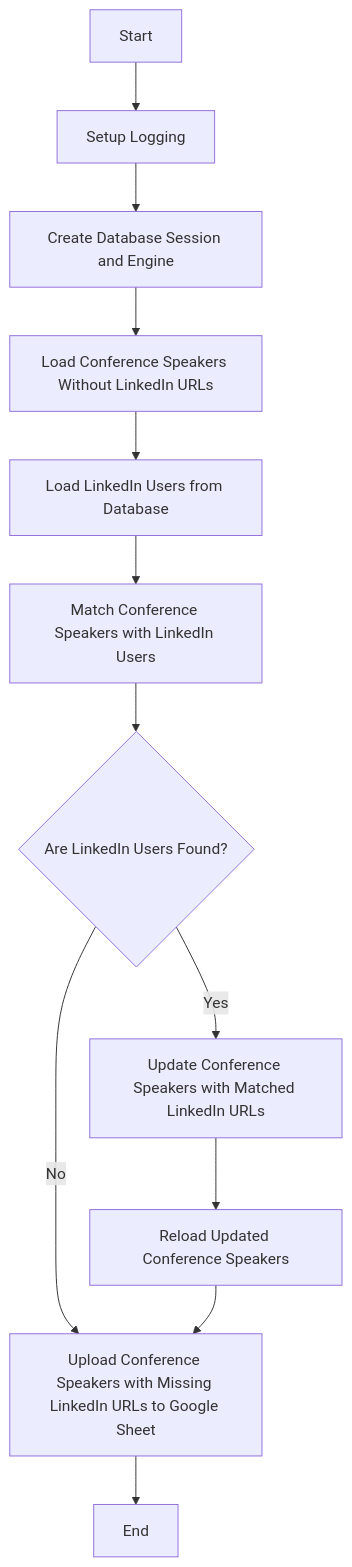
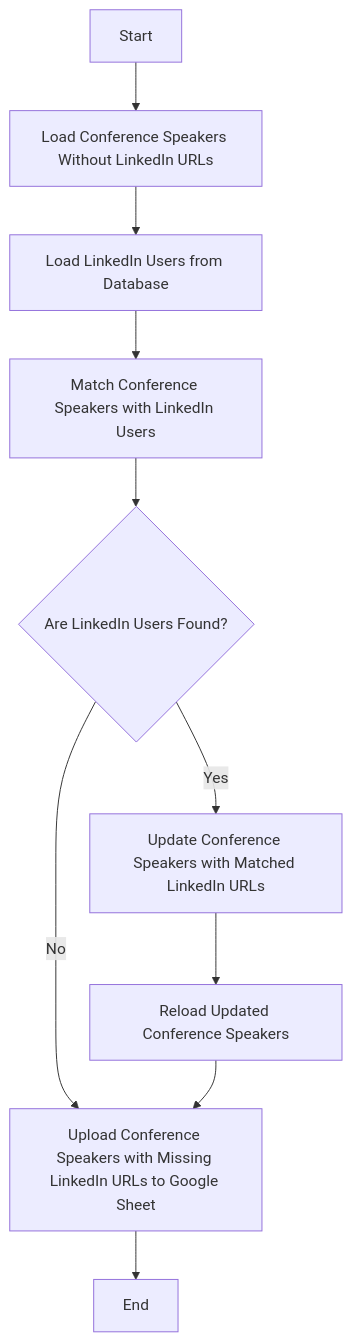
Before and after one commit to SlavkoMuzdeka/Intelligence-Machine: the second of 5 diagrams in README.md, drawn with Mermaid. The commit also changed other lines of this file, not shown here.

````diff
--- a/README.md
+++ b/README.md
@@ -98,19 +97,17 @@
 ```mermaid
 flowchart TD
-    A[Start] --> B[Setup Logging]
-    B --> C[Create Database Session and Engine]
+    A[Start] --> B[Load Conference Speakers Without LinkedIn URLs]
     
-    C --> D[Load Conference Speakers Without LinkedIn URLs]
-    D --> F[Load LinkedIn Users from Database]
+    B --> F[Load LinkedIn Users from Database]
     
     F --> G[Match Conference Speakers with LinkedIn Users]
     
     G --> H{Are LinkedIn Users Found?}
     
     H -- No --> J[Upload Conference Speakers with Missing LinkedIn URLs to Google Sheet] --> K[End]
     
     H -- Yes --> M[Update Conference Speakers with Matched LinkedIn URLs]
     M --> N[Reload Updated Conference Speakers]
     
     N --> J
 ```
````
